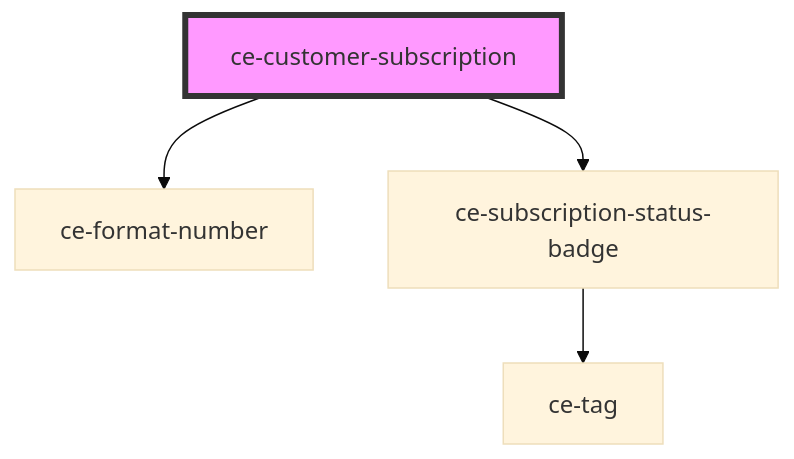
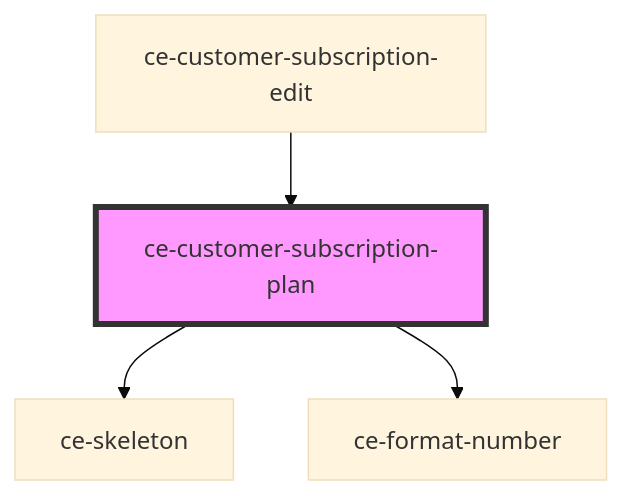
Before and after one commit to surecart/surecart-wp-plugin: the diagram in packages/components/src/components/controllers/dashboard/customer-subscription-plan/readme.md, drawn with Mermaid (base theme). The commit also changed other lines of this file and 41 other files, not shown here.

````diff
--- a/packages/components/src/components/controllers/dashboard/customer-subscription-plan/readme.md
+++ b/packages/components/src/components/controllers/dashboard/customer-subscription-plan/readme.md
@@ -23,7 +44,7 @@
 ```mermaid
 graph TD;
-  ce-customer-subscription --> ce-format-number
-  ce-customer-subscription --> ce-subscription-status-badge
-  ce-subscription-status-badge --> ce-tag
-  style ce-customer-subscription fill:#f9f,stroke:#333,stroke-width:4px
+  ce-customer-subscription-plan --> ce-skeleton
+  ce-customer-subscription-plan --> ce-format-number
+  ce-customer-subscription-edit --> ce-customer-subscription-plan
+  style ce-customer-subscription-plan fill:#f9f,stroke:#333,stroke-width:4px
 ```
````
